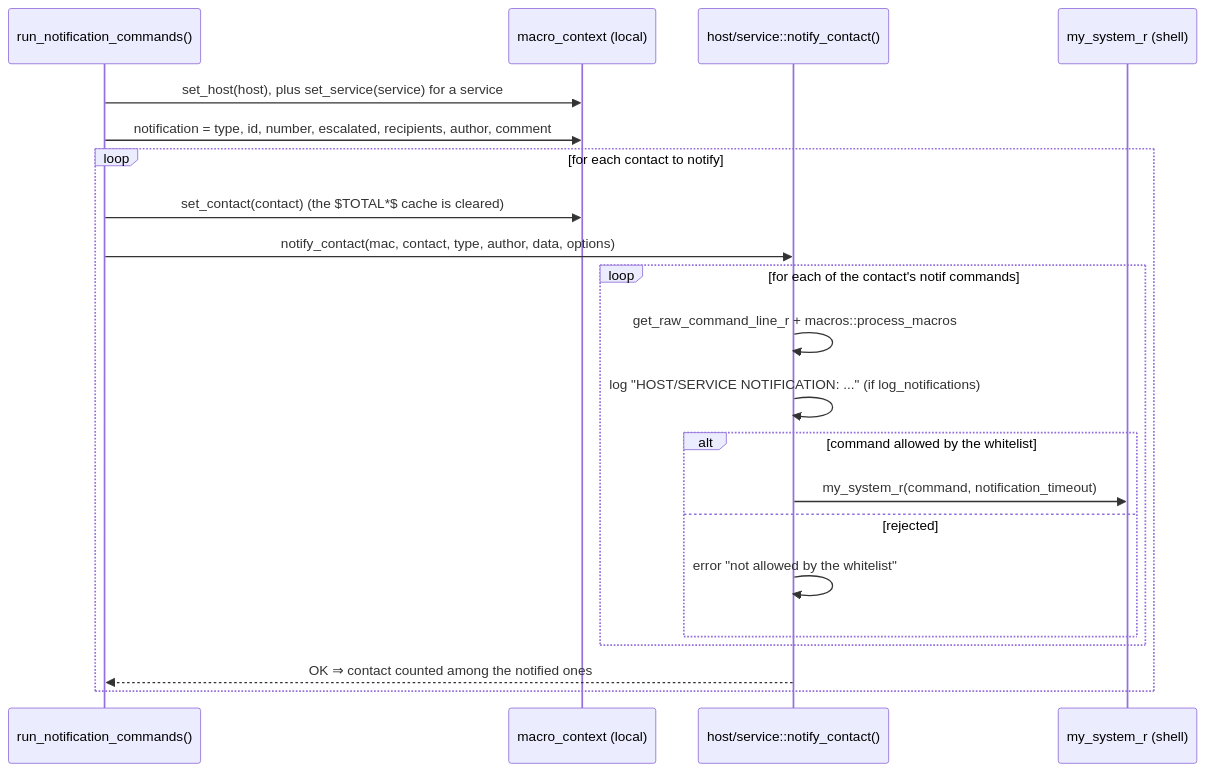
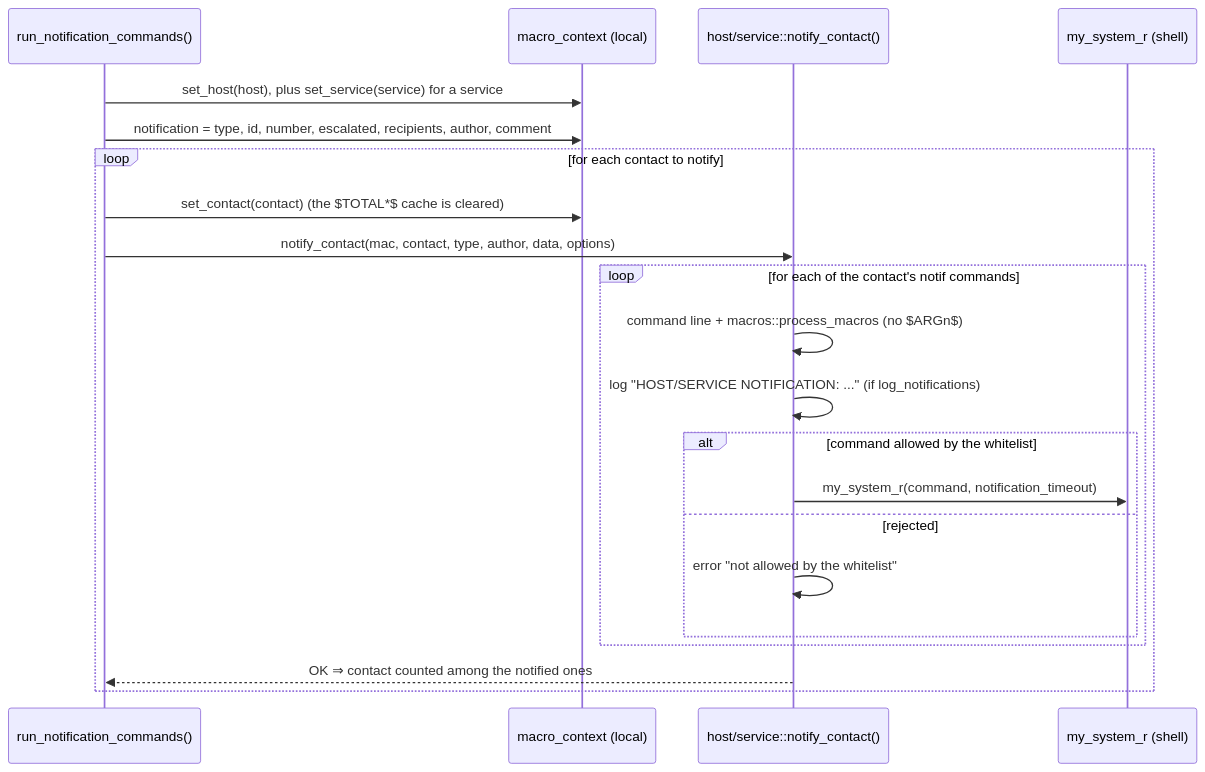
One commit to centreon/centreon-collect changed the second of 14 diagrams in doc/notifications-en.md. Above: the diagram before and after it, drawn with Mermaid. The commit also changed 3 other files, not shown here.

````diff
--- a/doc/notifications-en.md
+++ b/doc/notifications-en.md
@@ -141,24 +141,24 @@
 ```mermaid
 sequenceDiagram
     participant R as run_notification_commands()
     participant M as macro_context (local)
     participant NC as host/service::notify_contact()
     participant SH as my_system_r (shell)
 
     R->>M: set_host(host), plus set_service(service) for a service
     R->>M: notification = type, id, number, escalated, recipients, author, comment
     loop for each contact to notify
         R->>M: set_contact(contact) (the $TOTAL*$ cache is cleared)
         R->>NC: notify_contact(mac, contact, type, author, data, options)
         loop for each of the contact's notif commands
-            NC->>NC: get_raw_command_line_r + macros::process_macros
+            NC->>NC: command line + macros::process_macros (no $ARGn$)
             NC->>NC: log "HOST/SERVICE NOTIFICATION: ..." (if log_notifications)
             alt command allowed by the whitelist
                 NC->>SH: my_system_r(command, notification_timeout)
             else rejected
                 NC->>NC: error "not allowed by the whitelist"
             end
         end
         NC-->>R: OK ⇒ contact counted among the notified ones
     end
 ```
````
